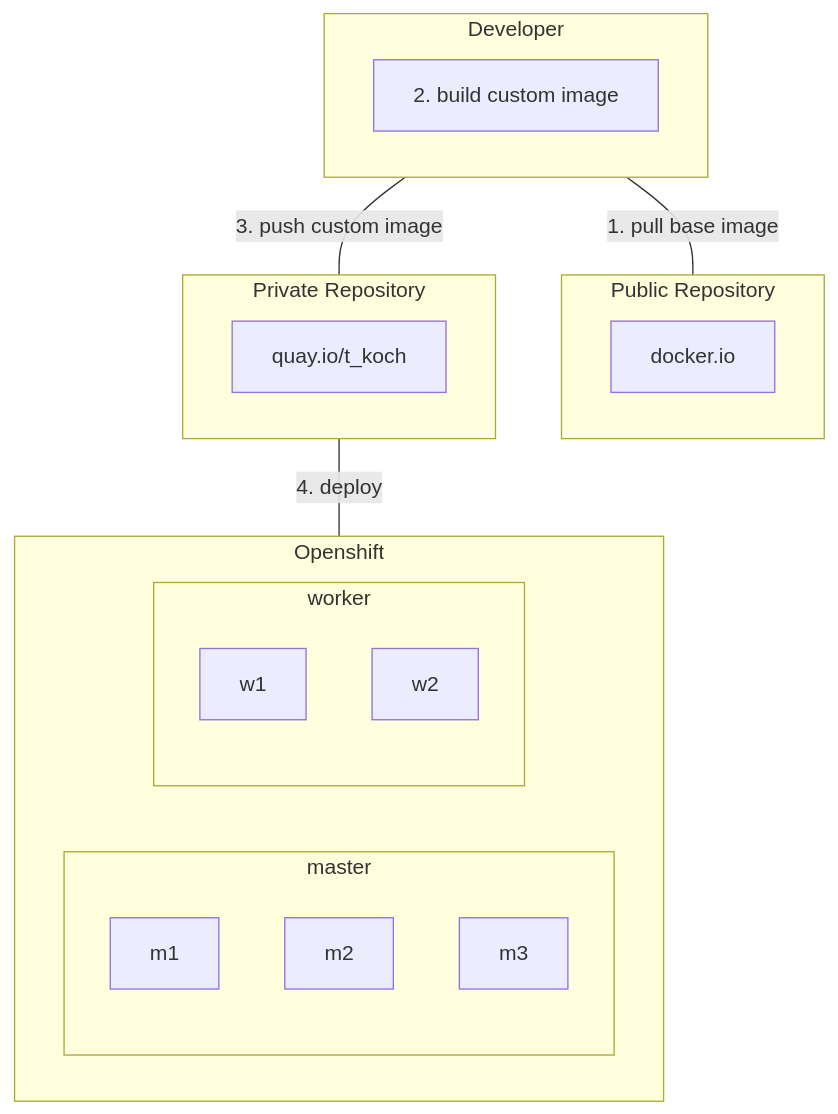
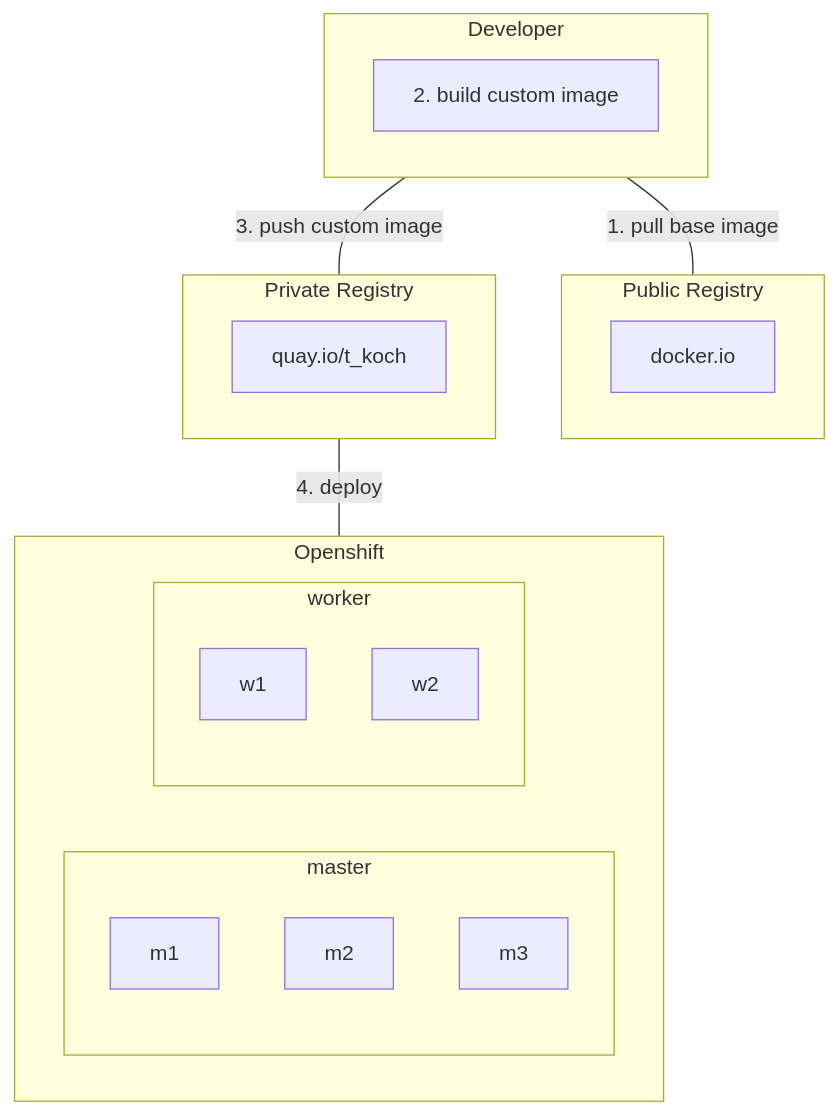
Before and after one commit to tkops/bechtle: the first of 2 diagrams in README.md, drawn with Mermaid.

````diff
--- a/README.md
+++ b/README.md
@@ -3,23 +3,23 @@
 ```mermaid
 flowchart TD
   subgraph dev1[Developer]
     build[2. build custom image]
   end
-  subgraph pub1[Public Repository]
+  subgraph pub1[Public Registry]
     docker[docker.io]
   end
-  subgraph priv1[Private Repository]
+  subgraph priv1[Private Registry]
     quay[quay.io/t_koch]
   end
   subgraph ocp1[Openshift]
     subgraph master
       m1;m2;m3
     end
     subgraph worker
       w1;w2
     end
   end
 dev1 -- 1. pull base image --- pub1
 dev1 -- 3. push custom image --- priv1
 priv1 -- 4. deploy --- ocp1
 ```
````
